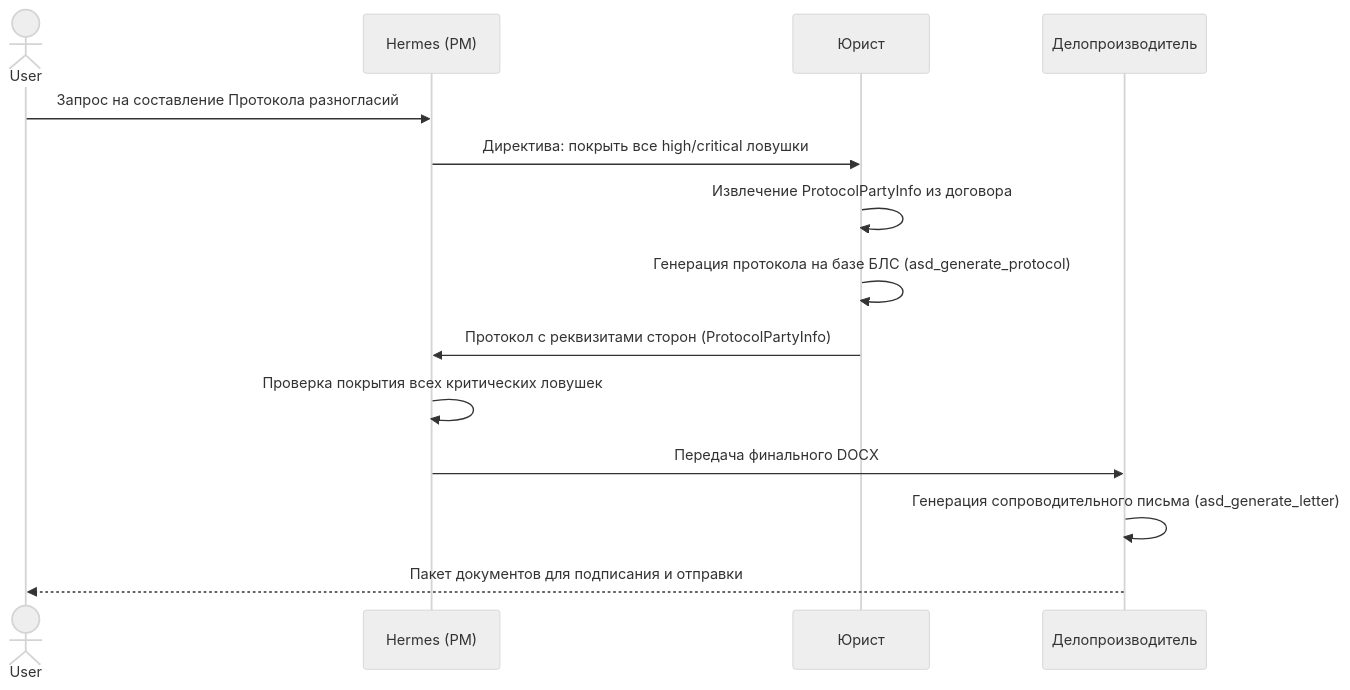
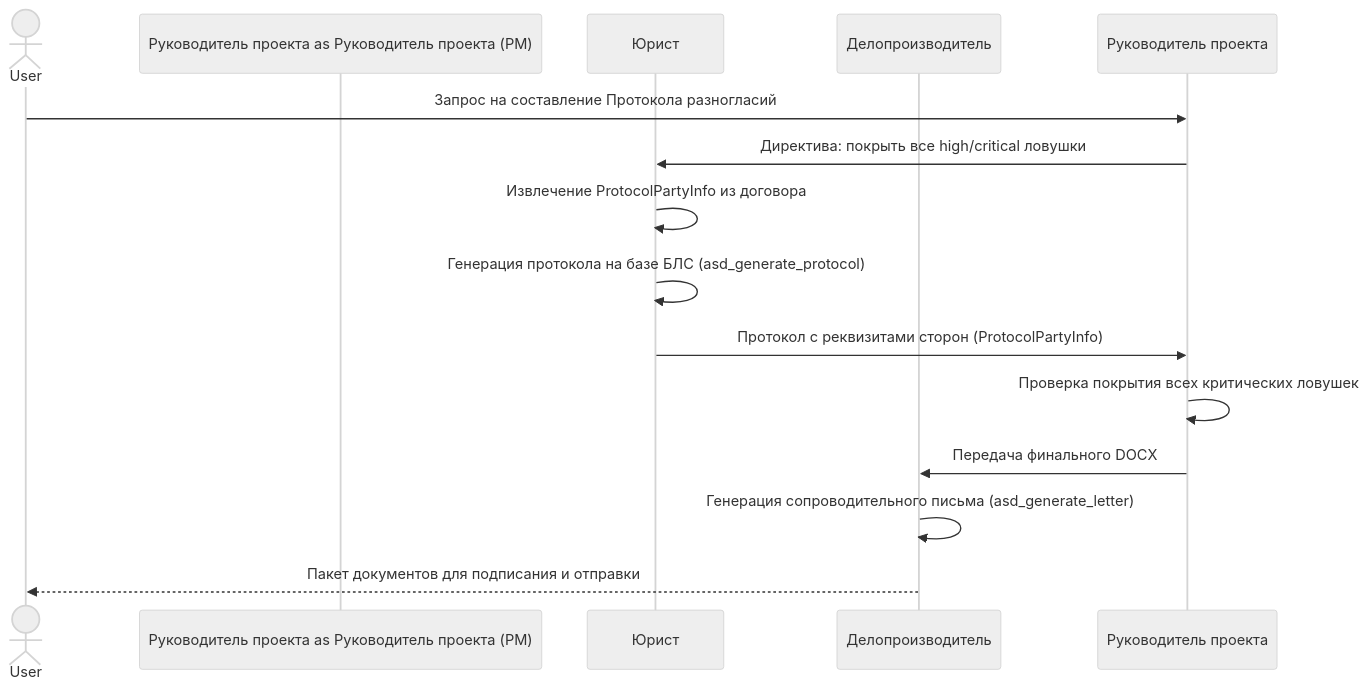
Before and after one commit to yamazaki1711/mac_asd: the second of 6 diagrams in docs/BUILDING_LIFECYCLE_WORKFLOW.md, drawn with Mermaid (neutral theme). The commit also changed other lines of this file and 56 other files, not shown here.

````diff
--- a/docs/BUILDING_LIFECYCLE_WORKFLOW.md
+++ b/docs/BUILDING_LIFECYCLE_WORKFLOW.md
@@ -60,17 +60,17 @@
 ```mermaid
 sequenceDiagram
     actor User
-    participant Hermes as Hermes (PM)
+    participant Руководитель проекта as Руководитель проекта (PM)
     participant Jurist as Юрист
     participant Delo as Делопроизводитель
 
-    User->>Hermes: Запрос на составление Протокола разногласий
-    Hermes->>Jurist: Директива: покрыть все high/critical ловушки
+    User->>Руководитель проекта: Запрос на составление Протокола разногласий
+    Руководитель проекта->>Jurist: Директива: покрыть все high/critical ловушки
     Jurist->>Jurist: Извлечение ProtocolPartyInfo из договора
     Jurist->>Jurist: Генерация протокола на базе БЛС (asd_generate_protocol)
-    Jurist->>Hermes: Протокол с реквизитами сторон (ProtocolPartyInfo)
-    Hermes->>Hermes: Проверка покрытия всех критических ловушек
-    Hermes->>Delo: Передача финального DOCX
+    Jurist->>Руководитель проекта: Протокол с реквизитами сторон (ProtocolPartyInfo)
+    Руководитель проекта->>Руководитель проекта: Проверка покрытия всех критических ловушек
+    Руководитель проекта->>Delo: Передача финального DOCX
     Delo->>Delo: Генерация сопроводительного письма (asd_generate_letter)
     Delo-->>User: Пакет документов для подписания и отправки
 ```
````
